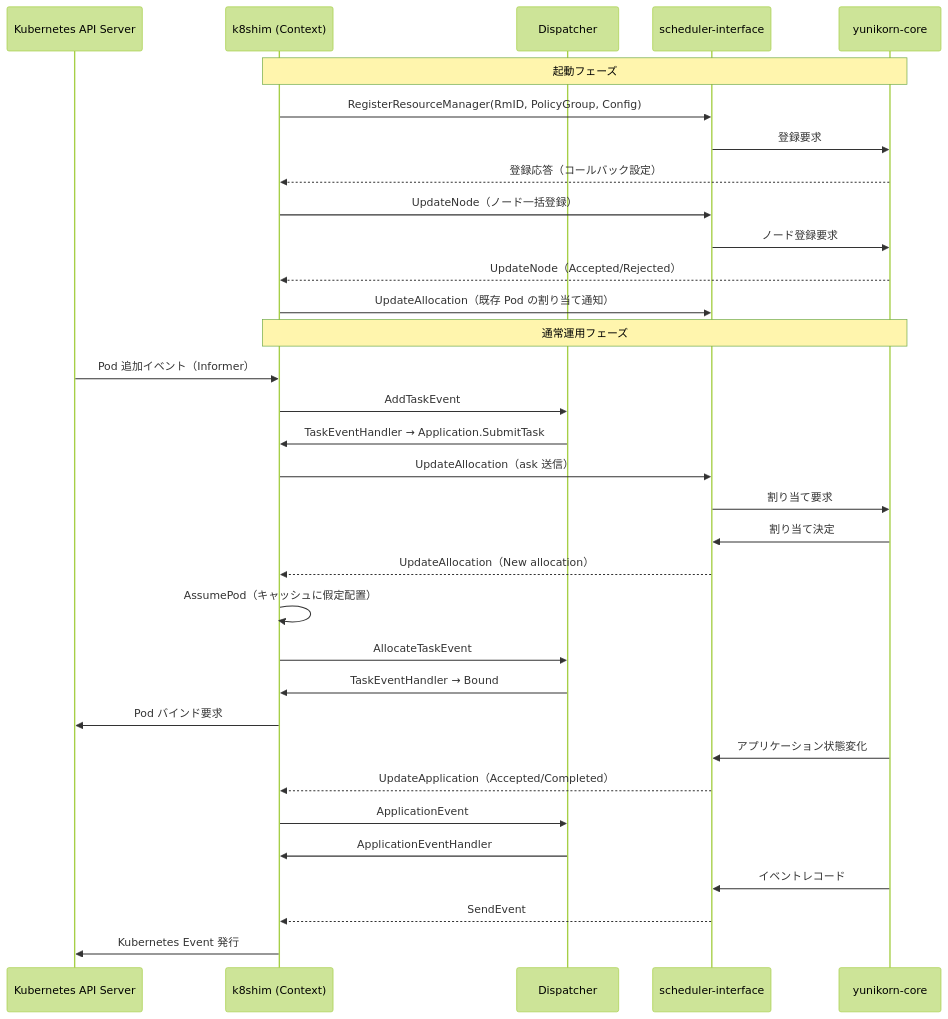
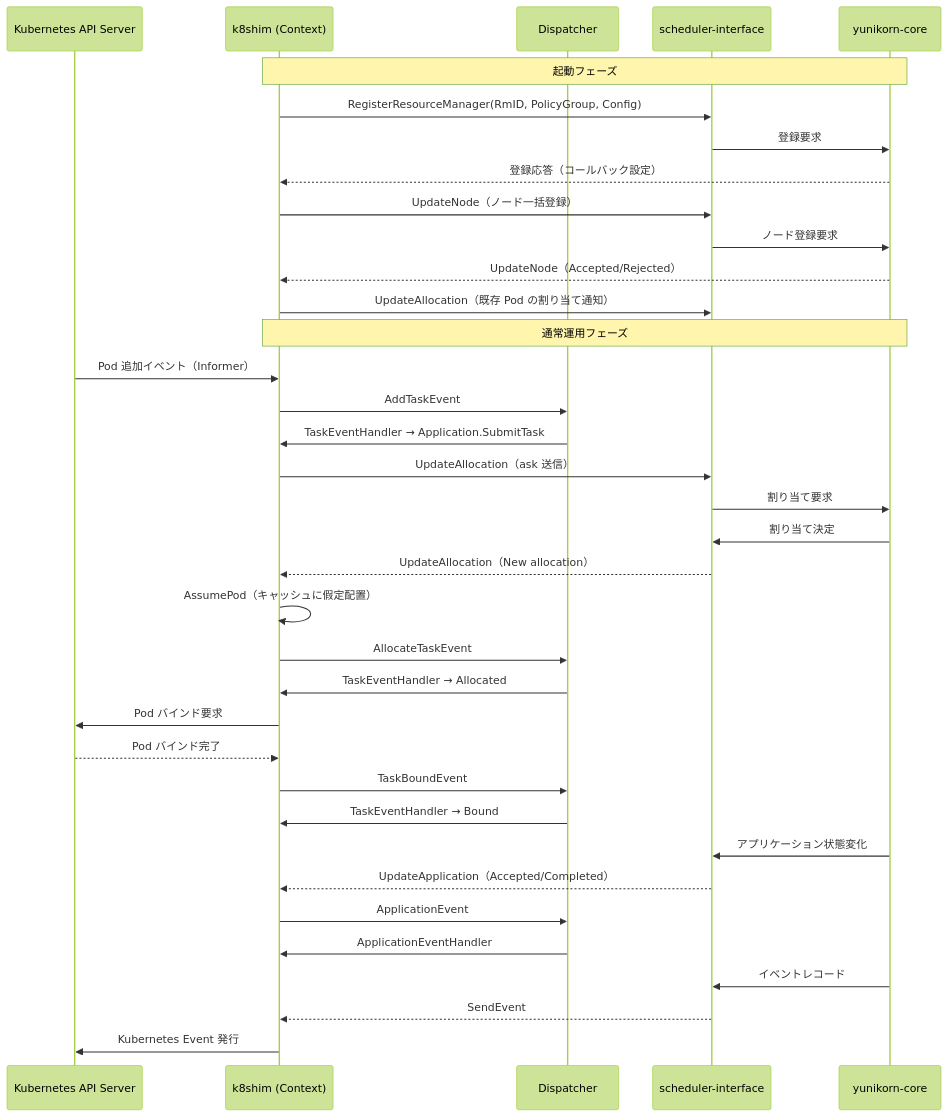
One commit to miyamadoKL/source-code-reading changed the diagram in yunikorn/yunikorn-k8shim/part03-integration/09-scheduler-interface.md. Above: the diagram before and after it, drawn with Mermaid (forest theme). The commit also changed other lines of this file and 9 other files, not shown here.

Commit message:
yunikorn-k8shim: codex レビュー指摘の修正(Task 状態遷移、placeholder、admission の説明ほか18件)

````diff
--- a/yunikorn/yunikorn-k8shim/part03-integration/09-scheduler-interface.md
+++ b/yunikorn/yunikorn-k8shim/part03-integration/09-scheduler-interface.md
@@ -616,40 +617,43 @@
 ```mermaid
 sequenceDiagram
     participant K8s as Kubernetes API Server
     participant Shim as k8shim (Context)
     participant Disp as Dispatcher
     participant SI as scheduler-interface
     participant Core as yunikorn-core
 
     Note over Shim,Core: 起動フェーズ
     Shim->>SI: RegisterResourceManager(RmID, PolicyGroup, Config)
     SI->>Core: 登録要求
     Core-->>Shim: 登録応答（コールバック設定）
     Shim->>SI: UpdateNode（ノード一括登録）
     SI->>Core: ノード登録要求
     Core-->>Shim: UpdateNode（Accepted/Rejected）
     Shim->>SI: UpdateAllocation（既存 Pod の割り当て通知）
 
     Note over Shim,Core: 通常運用フェーズ
     K8s->>Shim: Pod 追加イベント（Informer）
     Shim->>Disp: AddTaskEvent
     Disp->>Shim: TaskEventHandler → Application.SubmitTask
     Shim->>SI: UpdateAllocation（ask 送信）
     SI->>Core: 割り当て要求
 
     Core->>SI: 割り当て決定
     SI-->>Shim: UpdateAllocation（New allocation）
     Shim->>Shim: AssumePod（キャッシュに假定配置）
     Shim->>Disp: AllocateTaskEvent
+    Disp->>Shim: TaskEventHandler → Allocated
+    Shim->>K8s: Pod バインド要求
+    K8s-->>Shim: Pod バインド完了
+    Shim->>Disp: TaskBoundEvent
     Disp->>Shim: TaskEventHandler → Bound
-    Shim->>K8s: Pod バインド要求
 
     Core->>SI: アプリケーション状態変化
     SI-->>Shim: UpdateApplication（Accepted/Completed）
     Shim->>Disp: ApplicationEvent
     Disp->>Shim: ApplicationEventHandler
 
     Core->>SI: イベントレコード
     SI-->>Shim: SendEvent
     Shim->>K8s: Kubernetes Event 発行
 ```
````
